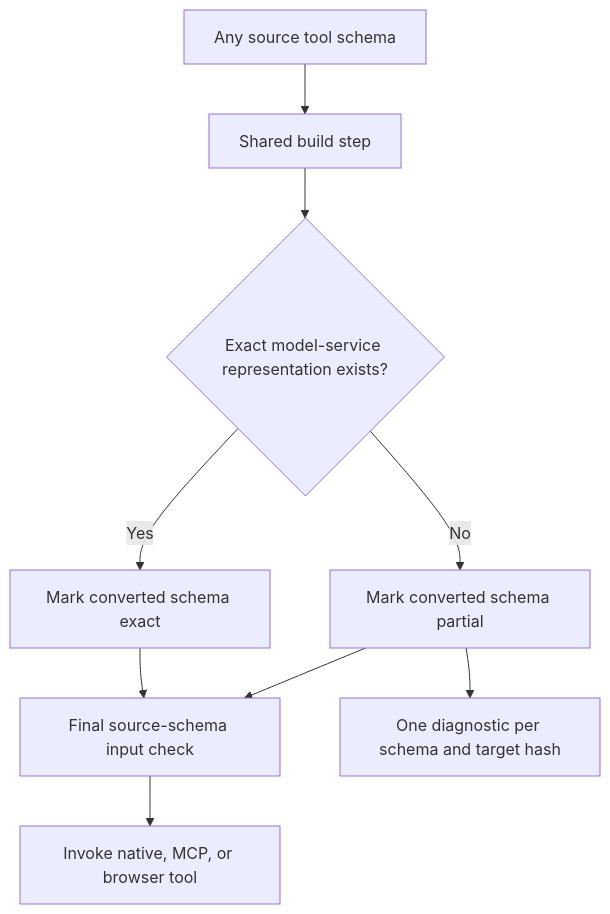
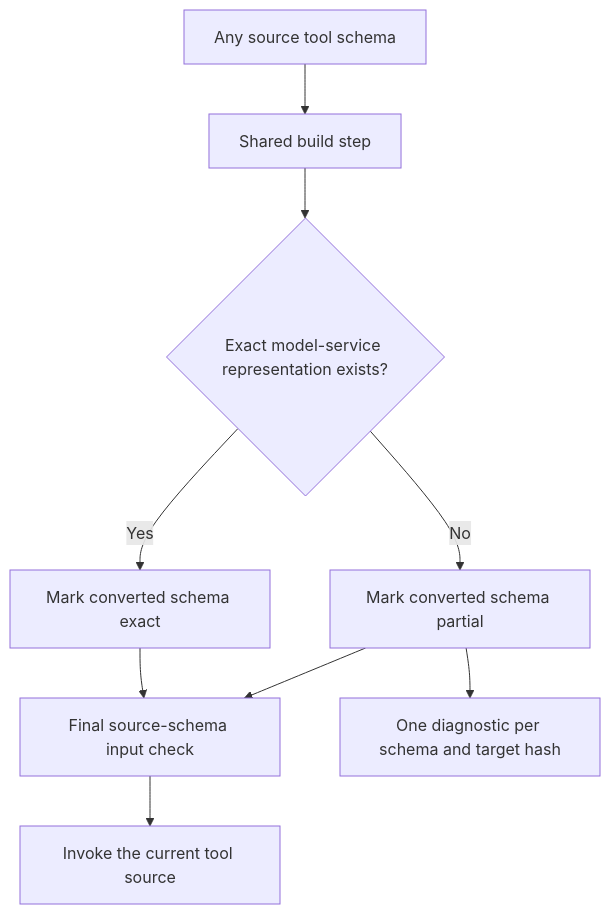
Diagram 24 of 29 in docs/superpowers/plans/2026-08-08-noema-practical-reliability-roadmap.md (kpsuperplane/Noema), drawn with Mermaid before and after one commit. The commit also changed other lines of this file, not shown here.

Commit message:
docs: make reliability roadmap tool-neutral

````diff
--- a/docs/superpowers/plans/2026-08-08-noema-practical-reliability-roadmap.md
+++ b/docs/superpowers/plans/2026-08-08-noema-practical-reliability-roadmap.md
@@ -1208,17 +1209,17 @@
 ```mermaid
 flowchart TD
     A["Any source tool schema"]
     B["Shared build step"]
     C{"Exact model-service representation exists?"}
     D["Mark converted schema exact"]
     E["Mark converted schema partial"]
     F["Final source-schema input check"]
-    G["Invoke native, MCP, or browser tool"]
+    G["Invoke the current tool source"]
     H["One diagnostic per schema and target hash"]
 
     A --> B --> C
     C -->|Yes| D --> F
     C -->|No| E --> F
     E --> H
     F --> G
 ```
````
